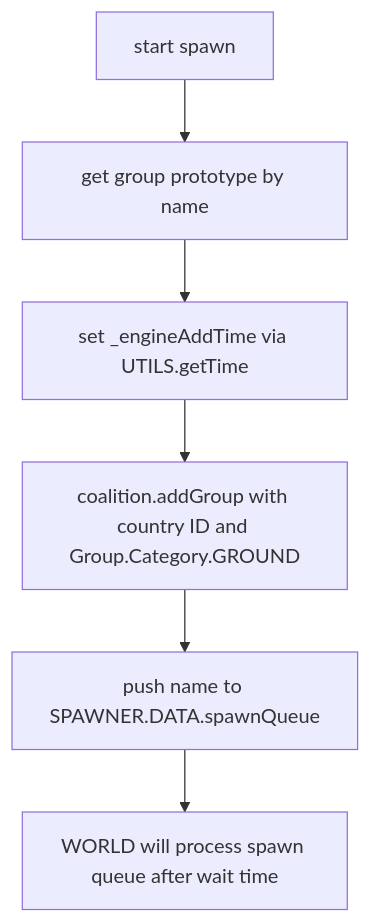
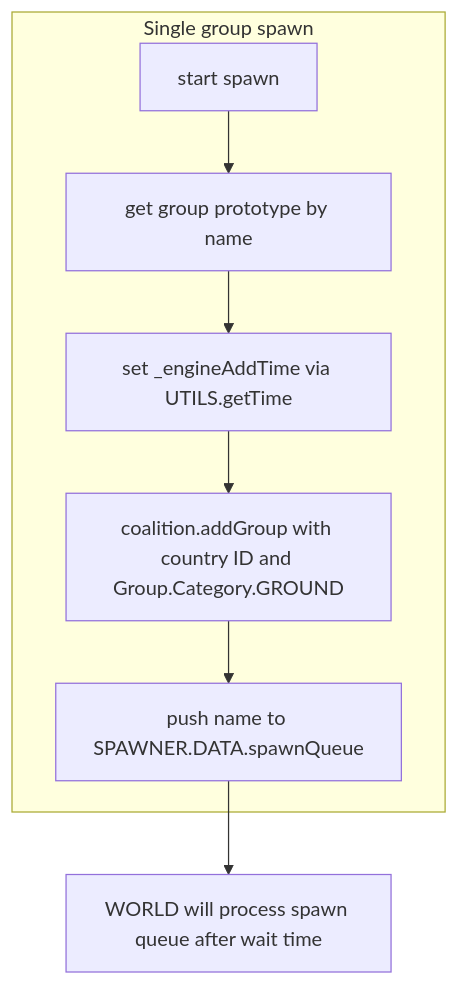
One commit to Gh0st352/AETHR changed the second of 7 diagrams in docs/spawner/spawn_despawn.md. Above: the diagram before and after it, drawn with Mermaid. The commit also changed other lines of this file and 9 other files, not shown here.

First line of the commit message:
docs(spawner, mermaid): restructure diagrams and clarify headings

````diff
--- a/docs/spawner/spawn_despawn.md
+++ b/docs/spawner/spawn_despawn.md
@@ -53,8 +65,14 @@
 ```mermaid
+%% shared theme: docs/_mermaid/theme.json %%
 flowchart TD
-  S0[start spawn] --> S1[get group prototype by name]
-  S1 --> TS[set _engineAddTime via UTILS.getTime]
-  TS --> CA[coalition.addGroup with country ID and Group.Category.GROUND]
-  CA --> QP[push name to SPAWNER.DATA.spawnQueue]
+  subgraph "Single group spawn"
+    S0[start spawn] --> S1[get group prototype by name]
+    S1 --> TS[set _engineAddTime via UTILS.getTime]
+    TS --> CA[coalition.addGroup with country ID and Group.Category.GROUND]
+    CA --> QP[push name to SPAWNER.DATA.spawnQueue]
+  end
   QP --> OUT[WORLD will process spawn queue after wait time]
+  class S0 class_io;
+  class S1,TS,CA,QP class_step;
+  class OUT class_result;
 ```
````
